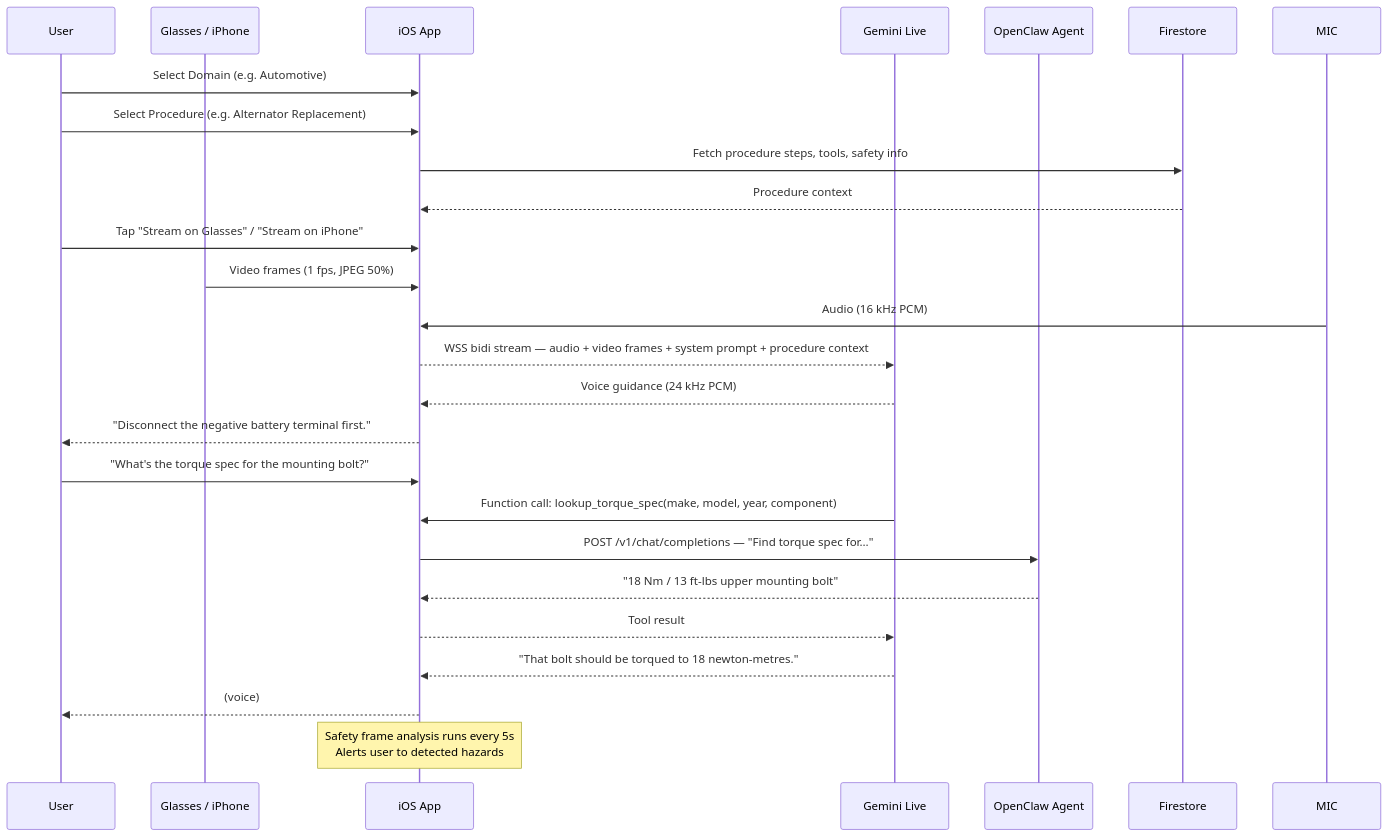
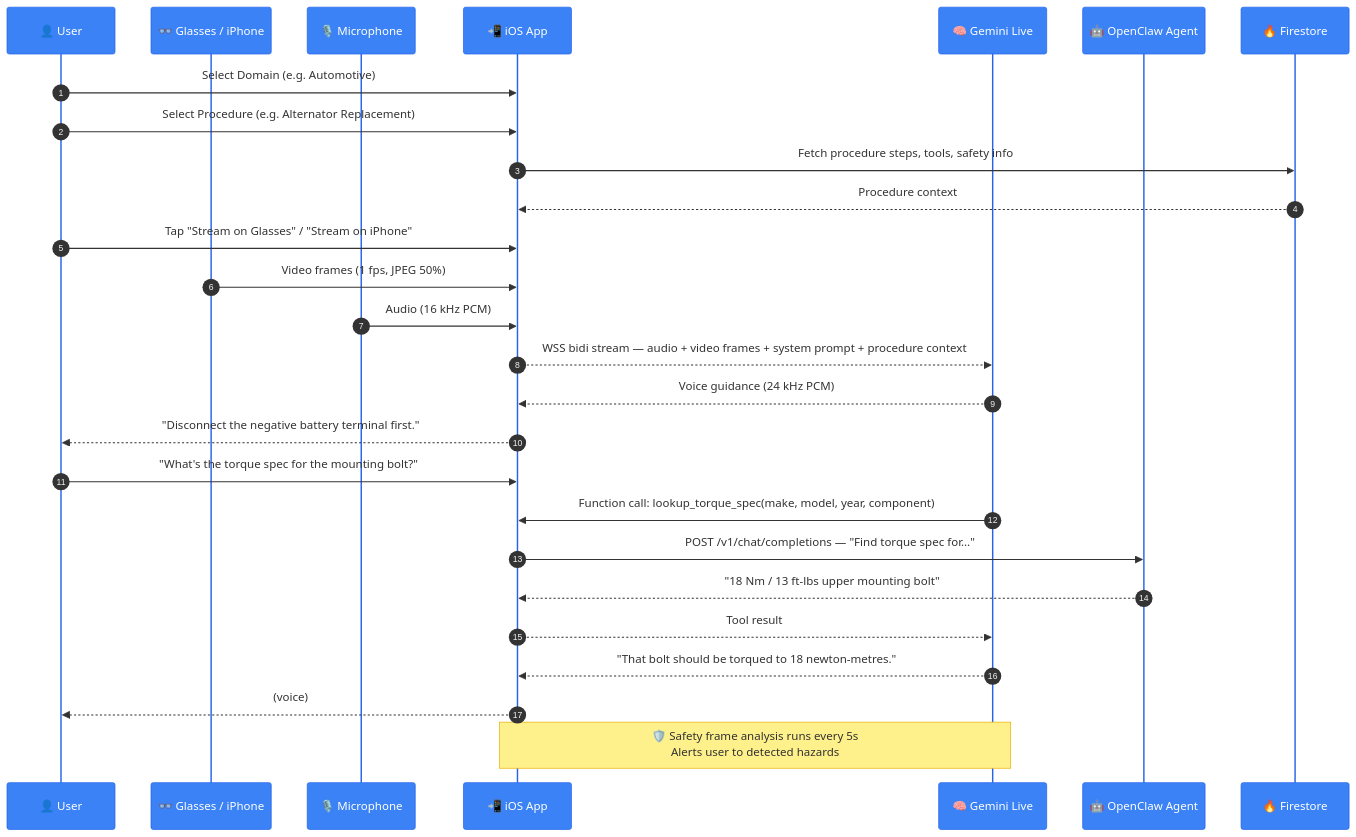
The second of 3 diagrams in docs/ARCHITECTURE.md (openclaw-agent-jb/RepairMate), drawn with Mermaid before and after one commit. The commit also changed other lines of this file, not shown here.

Commit message:
docs: Enhance architecture diagrams with custom themes, node styling, and clearer labels for improved readability.

````diff
--- a/docs/ARCHITECTURE.md
+++ b/docs/ARCHITECTURE.md
@@ -47,32 +53,35 @@
 ```mermaid
+%%{init: {'theme': 'base', 'themeVariables': { 'fontFamily': 'sans-serif', 'actorBkg': '#3b82f6', 'actorTextColor': '#ffffff', 'actorBorder': '#2563eb', 'signalColor': '#333333', 'signalTextColor': '#333333', 'noteBkgColor': '#fef08a', 'noteBorderColor': '#eab308'}}}%%
 sequenceDiagram
-    participant U as User
-    participant G as Glasses / iPhone
-    participant I as iOS App
-    participant GL as Gemini Live
-    participant OC as OpenClaw Agent
-    participant FS as Firestore
+    autonumber
+    participant U as 👤 User
+    participant G as 👓 Glasses / iPhone
+    participant MIC as 🎙️ Microphone
+    participant I as 📲 iOS App
+    participant GL as 🧠 Gemini Live
+    participant OC as 🤖 OpenClaw Agent
+    participant FS as 🔥 Firestore
 
     U->>I: Select Domain (e.g. Automotive)
     U->>I: Select Procedure (e.g. Alternator Replacement)
     I->>FS: Fetch procedure steps, tools, safety info
     FS-->>I: Procedure context
 
     U->>I: Tap "Stream on Glasses" / "Stream on iPhone"
     G->>I: Video frames (1 fps, JPEG 50%)
     MIC->>I: Audio (16 kHz PCM)
     I-->>GL: WSS bidi stream — audio + video frames + system prompt + procedure context
 
     GL-->>I: Voice guidance (24 kHz PCM)
     I-->>U: "Disconnect the negative battery terminal first."
 
     U->>I: "What's the torque spec for the mounting bolt?"
     GL->>I: Function call: lookup_torque_spec(make, model, year, component)
     I->>OC: POST /v1/chat/completions — "Find torque spec for…"
     OC-->>I: "18 Nm / 13 ft-lbs upper mounting bolt"
     I-->>GL: Tool result
     GL-->>I: "That bolt should be torqued to 18 newton-metres."
     I-->>U: (voice)
 
-    Note over I: Safety frame analysis runs every 5s<br/>Alerts user to detected hazards
+    Note over I,GL: 🛡️ Safety frame analysis runs every 5s<br/>Alerts user to detected hazards
 ```
````
